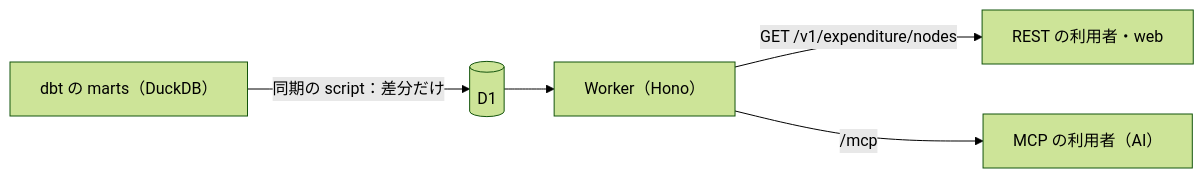
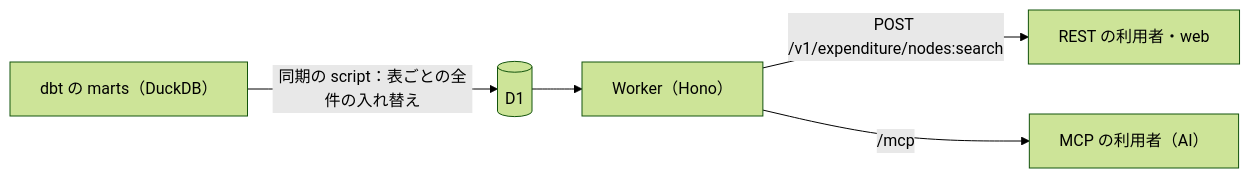
The diagram in docs/adr/0022-serve-marts-via-worker-d1-rest-and-mcp.md (fudoki-hensansitu/fudoki), drawn with Mermaid (forest theme) before and after one commit. The commit also changed other lines of this file and 49 other files, not shown here.

First line of the commit message:
feat(api): marts を D1 に写し、Worker から REST と MCP で返す (#110)

````diff
--- a/docs/adr/0022-serve-marts-via-worker-d1-rest-and-mcp.md
+++ b/docs/adr/0022-serve-marts-via-worker-d1-rest-and-mcp.md
@@ -7,7 +7,7 @@
 ```mermaid
 flowchart LR
-  dbt["dbt の marts（DuckDB）"] -->|"同期の script：差分だけ"| d1[("D1")]
+  dbt["dbt の marts（DuckDB）"] -->|"同期の script：表ごとの全件の入れ替え"| d1[("D1")]
   d1 --> worker["Worker（Hono）"]
-  worker -->|"GET /v1/expenditure/nodes"| rest["REST の利用者・web"]
+  worker -->|"POST /v1/expenditure/nodes:search"| rest["REST の利用者・web"]
   worker -->|"/mcp"| mcp["MCP の利用者（AI）"]
 ```
````
